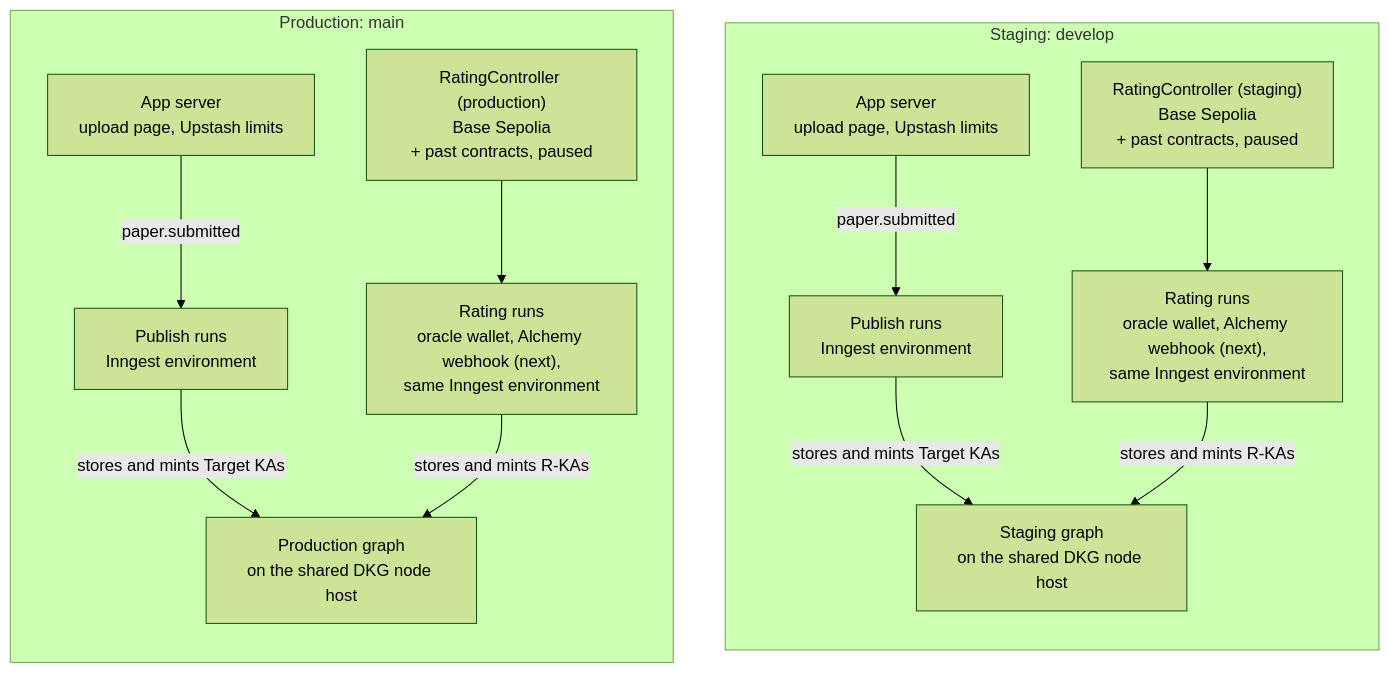
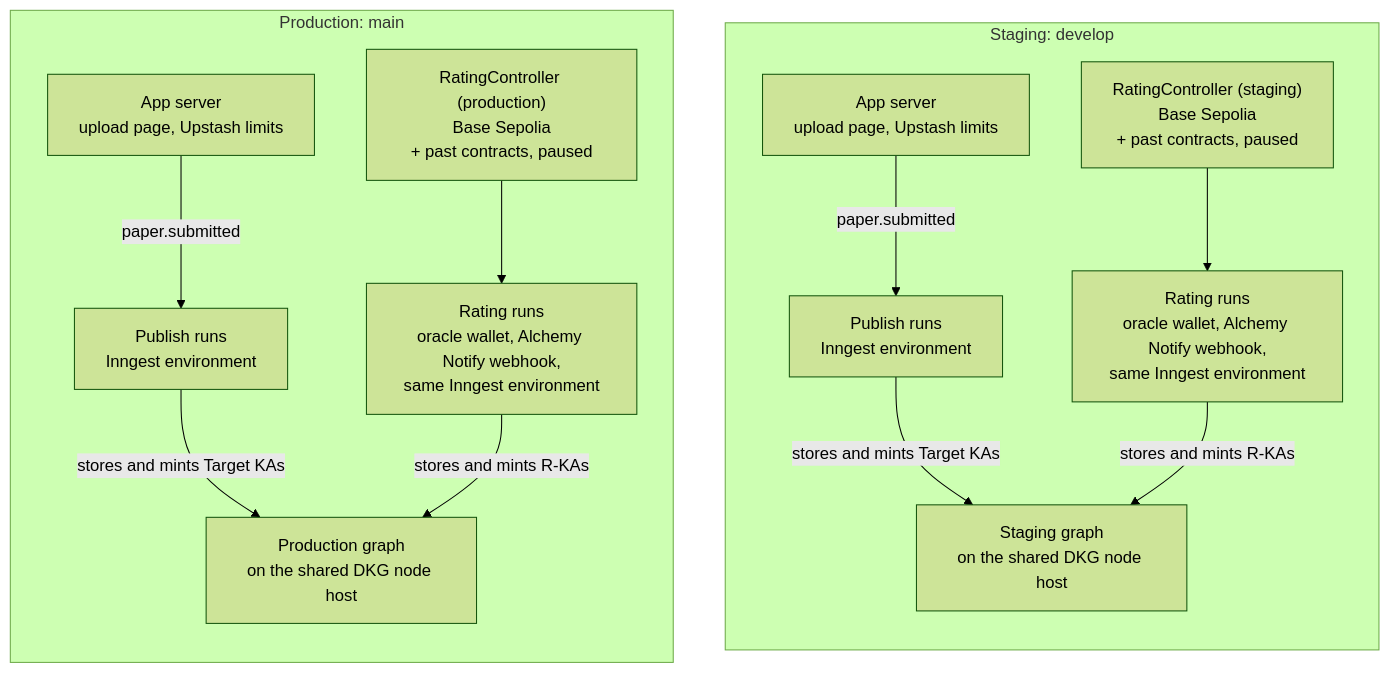
One commit to SiegfriedBz/labstrail changed the first of 3 diagrams in README.md. Above: the diagram before and after it, drawn with Mermaid (forest theme). The commit also changed other lines of this file and 176 other files, not shown here.

````diff
--- a/README.md
+++ b/README.md
@@ -133,23 +136,23 @@
 ```mermaid
 flowchart TB
   subgraph staging["Staging: develop"]
     direction TB
     sa["App server<br/>upload page, Upstash limits"]
     sp["Publish runs<br/>Inngest environment"]
     sc["RatingController (staging)<br/>Base Sepolia<br/>+ past contracts, paused"]
-    sr["Rating runs<br/>oracle wallet, Alchemy webhook (next),<br/>same Inngest environment"]
+    sr["Rating runs<br/>oracle wallet, Alchemy Notify webhook,<br/>same Inngest environment"]
     sg["Staging graph<br/>on the shared DKG node host"]
     sa -->|"paper.submitted"| sp -->|"stores and mints Target KAs"| sg
     sc --> sr -->|"stores and mints R-KAs"| sg
   end
   subgraph production["Production: main"]
     direction TB
     pa["App server<br/>upload page, Upstash limits"]
     pp["Publish runs<br/>Inngest environment"]
     pc["RatingController (production)<br/>Base Sepolia<br/>+ past contracts, paused"]
-    pr["Rating runs<br/>oracle wallet, Alchemy webhook (next),<br/>same Inngest environment"]
+    pr["Rating runs<br/>oracle wallet, Alchemy Notify webhook,<br/>same Inngest environment"]
     pg["Production graph<br/>on the shared DKG node host"]
     pa -->|"paper.submitted"| pp -->|"stores and mints Target KAs"| pg
     pc --> pr -->|"stores and mints R-KAs"| pg
   end
 ```
````
